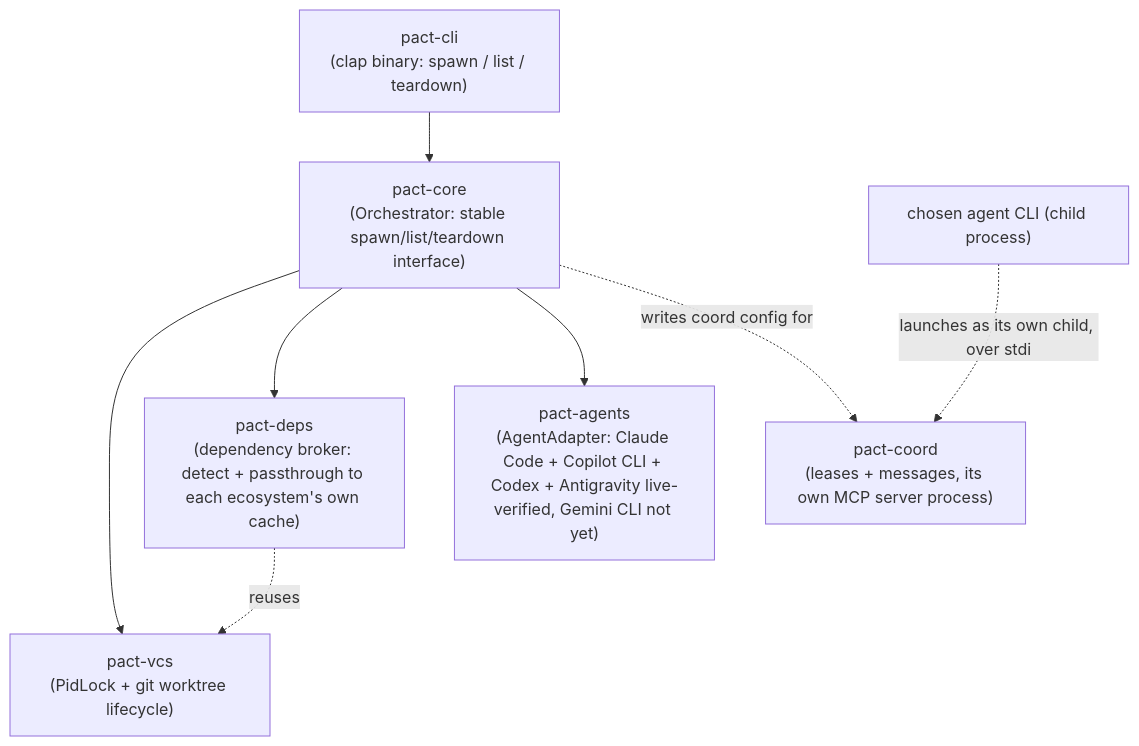
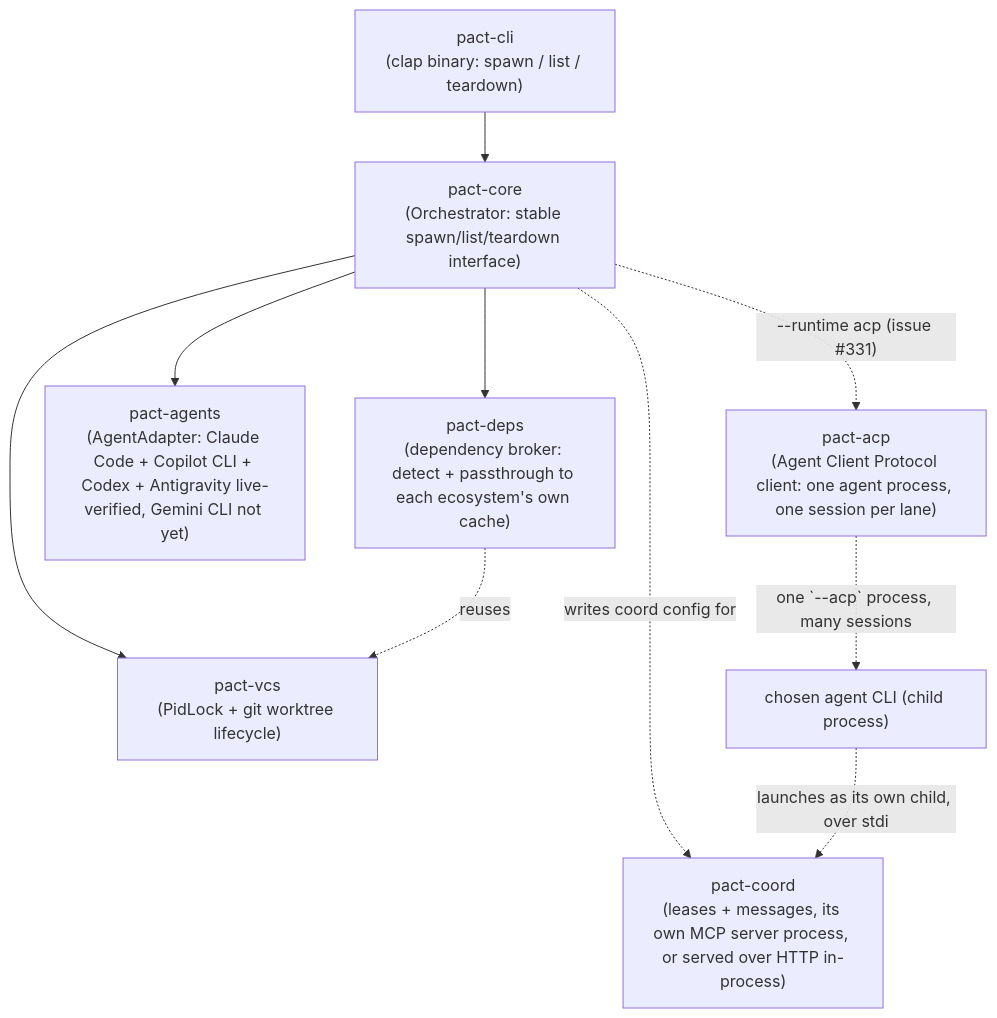
The first of 3 diagrams in README.md (zekariasasaminew/pact), drawn with Mermaid before and after one commit. The commit also changed other lines of this file and 11 other files, not shown here.

````diff
--- a/README.md
+++ b/README.md
@@ -93,17 +93,20 @@
 ```mermaid
 graph TD
     CLI["pact-cli<br/>(clap binary: spawn / list / teardown)"]
     Core["pact-core<br/>(Orchestrator: stable spawn/list/teardown interface)"]
     VCS["pact-vcs<br/>(PidLock + git worktree lifecycle)"]
     Deps["pact-deps<br/>(dependency broker: detect + passthrough to each ecosystem's own cache)"]
     Agents["pact-agents<br/>(AgentAdapter: Claude Code + Copilot CLI + Codex + Antigravity live-verified, Gemini CLI not yet)"]
-    Coord["pact-coord<br/>(leases + messages, its own MCP server process)"]
+    Coord["pact-coord<br/>(leases + messages, its own MCP server process, or served over HTTP in-process)"]
+    Acp["pact-acp<br/>(Agent Client Protocol client: one agent process, one session per lane)"]
 
     CLI --> Core
     Core --> VCS
     Core --> Deps
     Core --> Agents
+    Core -.-> |"--runtime acp (issue #331)"| Acp
     Deps -.reuses.-> VCS
     Core -.writes coord config for.-> Coord
     Agent2["chosen agent CLI (child process)"] -.launches as its own child, over stdio.-> Coord
+    Acp -.one `--acp` process, many sessions.-> Agent2
 ```
````
